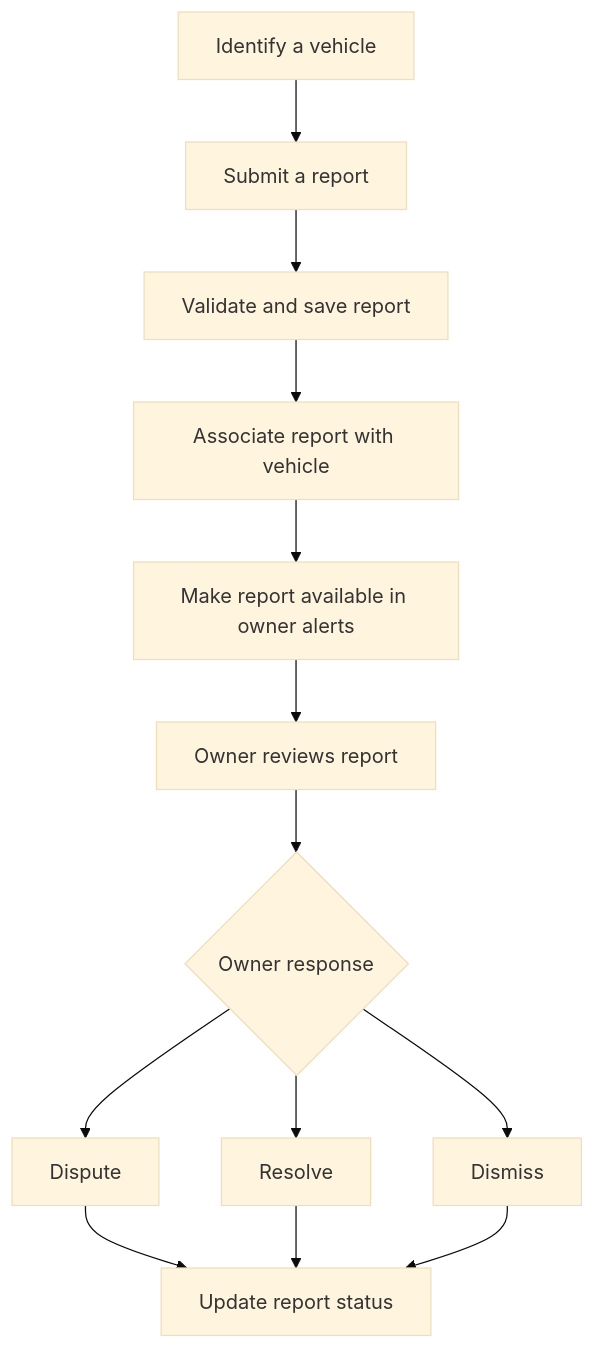
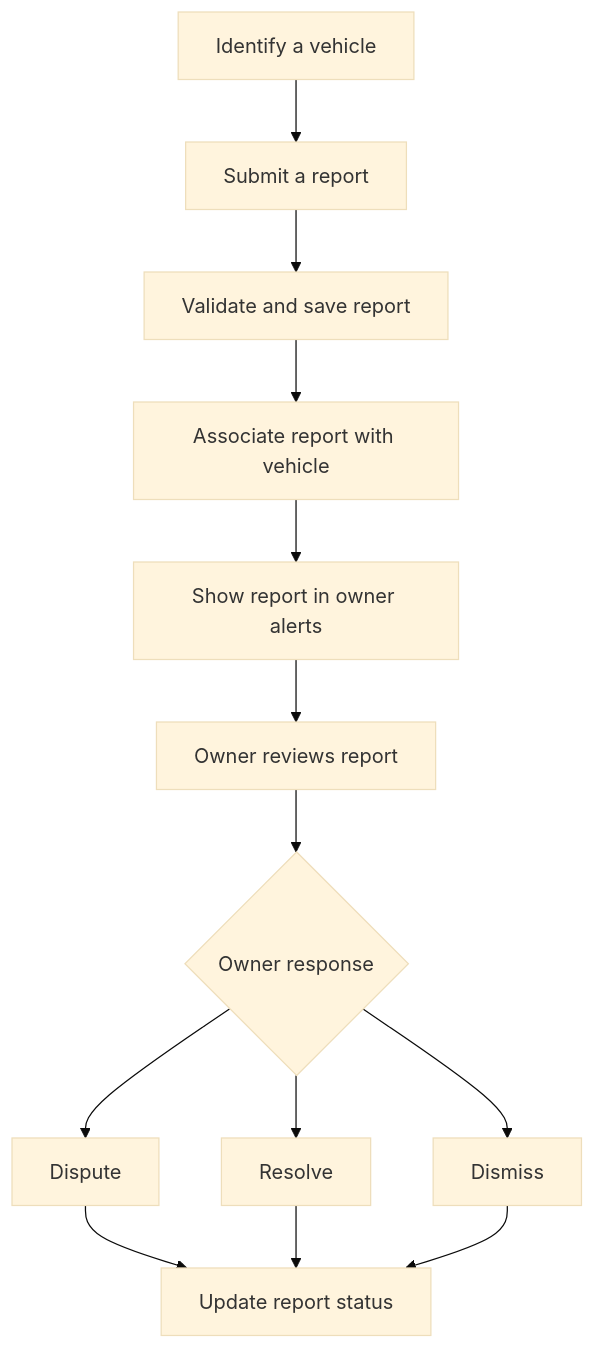
Before and after one commit to Tshepodataboy/Driver-Ping: the first of 2 diagrams in README.md, drawn with Mermaid (base theme). The commit also changed other lines of this file, not shown here.

Commit message:
Fixed Readme diagrams

````diff
--- a/README.md
+++ b/README.md
@@ -60,15 +60,15 @@
 ```mermaid
 flowchart TD
     A["Identify a vehicle"] --> B["Submit a report"]
     B --> C["Validate and save report"]
     C --> D["Associate report with vehicle"]
-    D --> E["Make report available in owner alerts"]
+    D --> E["Show report in owner alerts"]
     E --> F["Owner reviews report"]
     F --> G{"Owner response"}
     G --> H["Dispute"]
     G --> I["Resolve"]
     G --> J["Dismiss"]
     H --> K["Update report status"]
     I --> K
     J --> K
 ```
````
